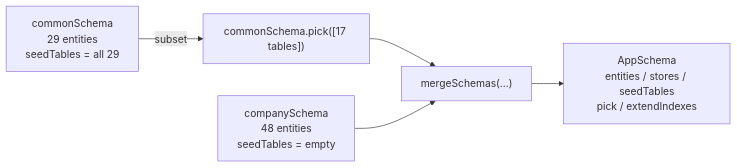
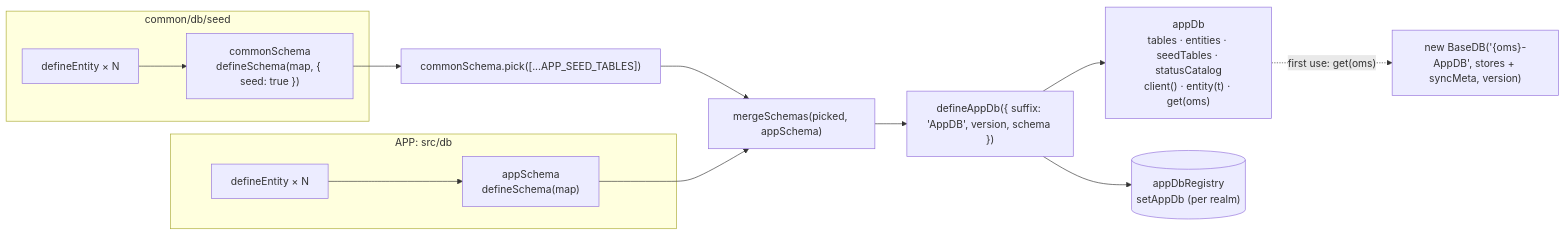
One commit to hotwax/accxui changed the third of 5 diagrams in docs/APP_DB_ARCHITECTURE.md. Above: the diagram before and after it, drawn with Mermaid. The commit also changed other lines of this file and 2 other files, not shown here.

Commit message:
Improved: Rewrote the app database docs as short, diagram-led guides for a generic APP.

````diff
--- a/docs/APP_DB_ARCHITECTURE.md
+++ b/docs/APP_DB_ARCHITECTURE.md
@@ -240,11 +146,16 @@
 ```mermaid
-graph LR
-    CSCH["commonSchema<br/>29 entities<br/>seedTables = all 29"]
-    PICK["commonSchema.pick([17 tables])"]
-    APPSCH["companySchema<br/>48 entities<br/>seedTables = empty"]
-    MERGE["mergeSchemas(...)"]
-    OUT["AppSchema<br/>entities / stores / seedTables<br/>pick / extendIndexes"]
-
-    CSCH -->|subset| PICK --> MERGE
-    APPSCH --> MERGE --> OUT
+flowchart LR
+    subgraph FW["common/db/seed"]
+      CE["defineEntity × N"] --> CS["commonSchema<br/>defineSchema(map, { seed: true })"]
+    end
+    subgraph AP["APP: src/db"]
+      AE["defineEntity × N"] --> AS["appSchema<br/>defineSchema(map)"]
+    end
+    CS --> PICK["commonSchema.pick([...APP_SEED_TABLES])"]
+    PICK --> MERGE["mergeSchemas(picked, appSchema)"]
+    AS --> MERGE
+    MERGE --> DEF["defineAppDb({ suffix: 'AppDB', version, schema })"]
+    DEF --> APPDB["appDb<br/>tables · entities · seedTables · statusCatalog<br/>client() · entity(t) · get(oms)"]
+    DEF --> REG[("appDbRegistry<br/>setAppDb (per realm)")]
+    APPDB -. "first use: get(oms)" .-> BDB["new BaseDB('{oms}-AppDB', stores + syncMeta, version)"]
 ```
````
